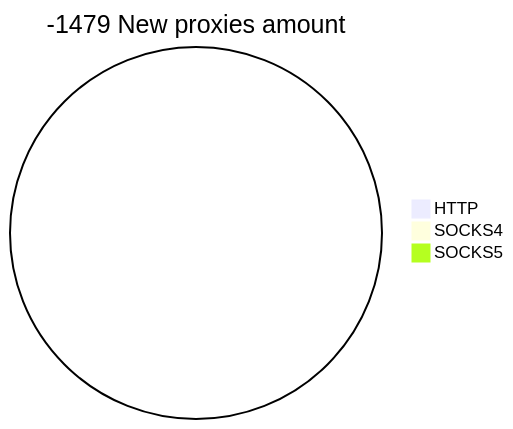
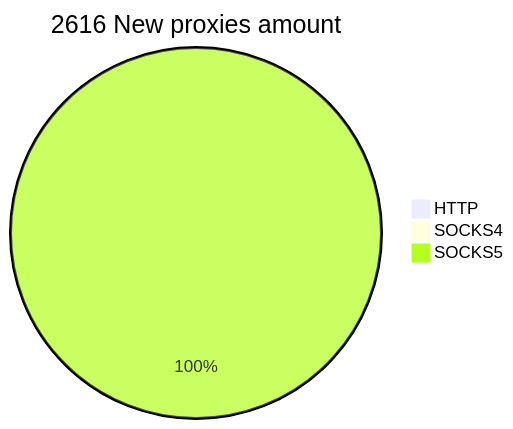
Before and after one commit to cutipu/proxylist: the second of 2 diagrams in README.md, drawn with Mermaid. The commit also changed other lines of this file, not shown here.

````diff
--- a/README.md
+++ b/README.md
@@ -10,6 +10,6 @@
 ```mermaid
-pie title -1479 New proxies amount
+pie title 2616 New proxies amount
     "HTTP" : 0
     "SOCKS4" : 0
-    "SOCKS5" : 0
+    "SOCKS5" : 2619
 ```
````
